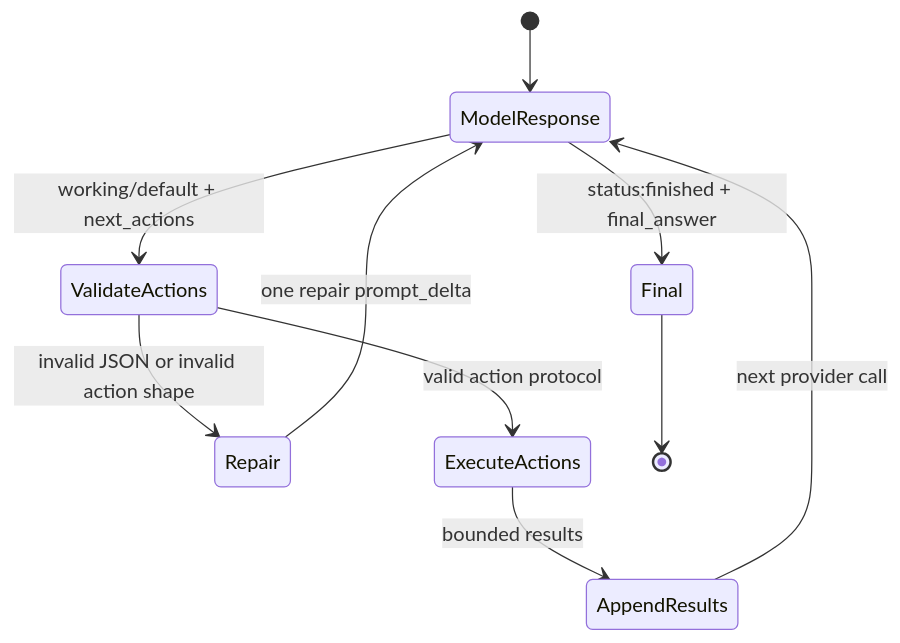
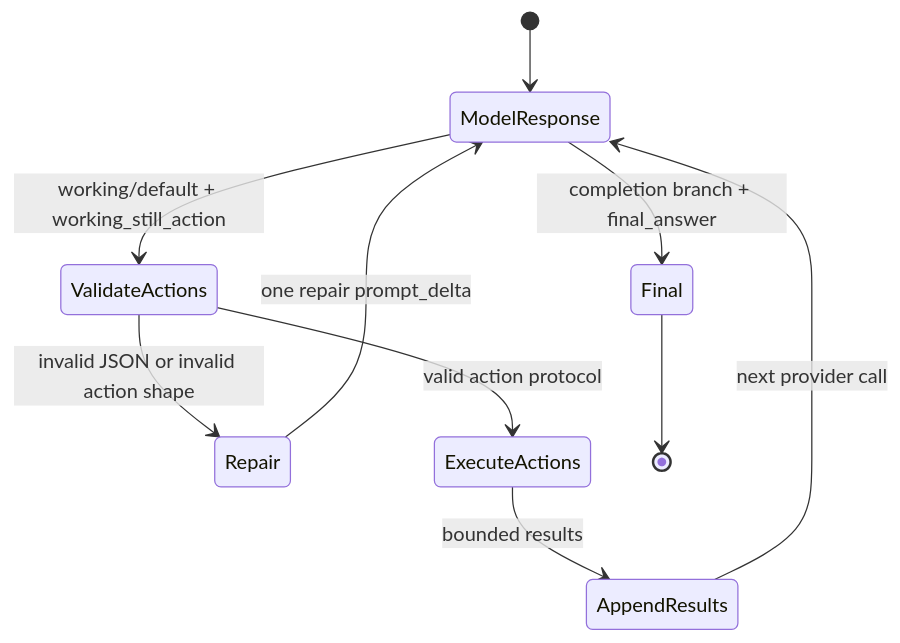
One commit to moliam/TimemAi changed the third of 4 diagrams in docs/architecture.md. Above: the diagram before and after it, drawn with Mermaid. The commit also changed other lines of this file and 1 other file, not shown here.

````diff
--- a/docs/architecture.md
+++ b/docs/architecture.md
@@ -906,12 +906,12 @@
 ```mermaid
 stateDiagram-v2
     [*] --> ModelResponse
-    ModelResponse --> Final: status:finished + final_answer
-    ModelResponse --> ValidateActions: working/default + next_actions
+    ModelResponse --> Final: completion branch + final_answer
+    ModelResponse --> ValidateActions: working/default + working_still_action
     ValidateActions --> Repair: invalid JSON or invalid action shape
     Repair --> ModelResponse: one repair prompt_delta
     ValidateActions --> ExecuteActions: valid action protocol
     ExecuteActions --> AppendResults: bounded results
     AppendResults --> ModelResponse: next provider call
     Final --> [*]
 ```
````
